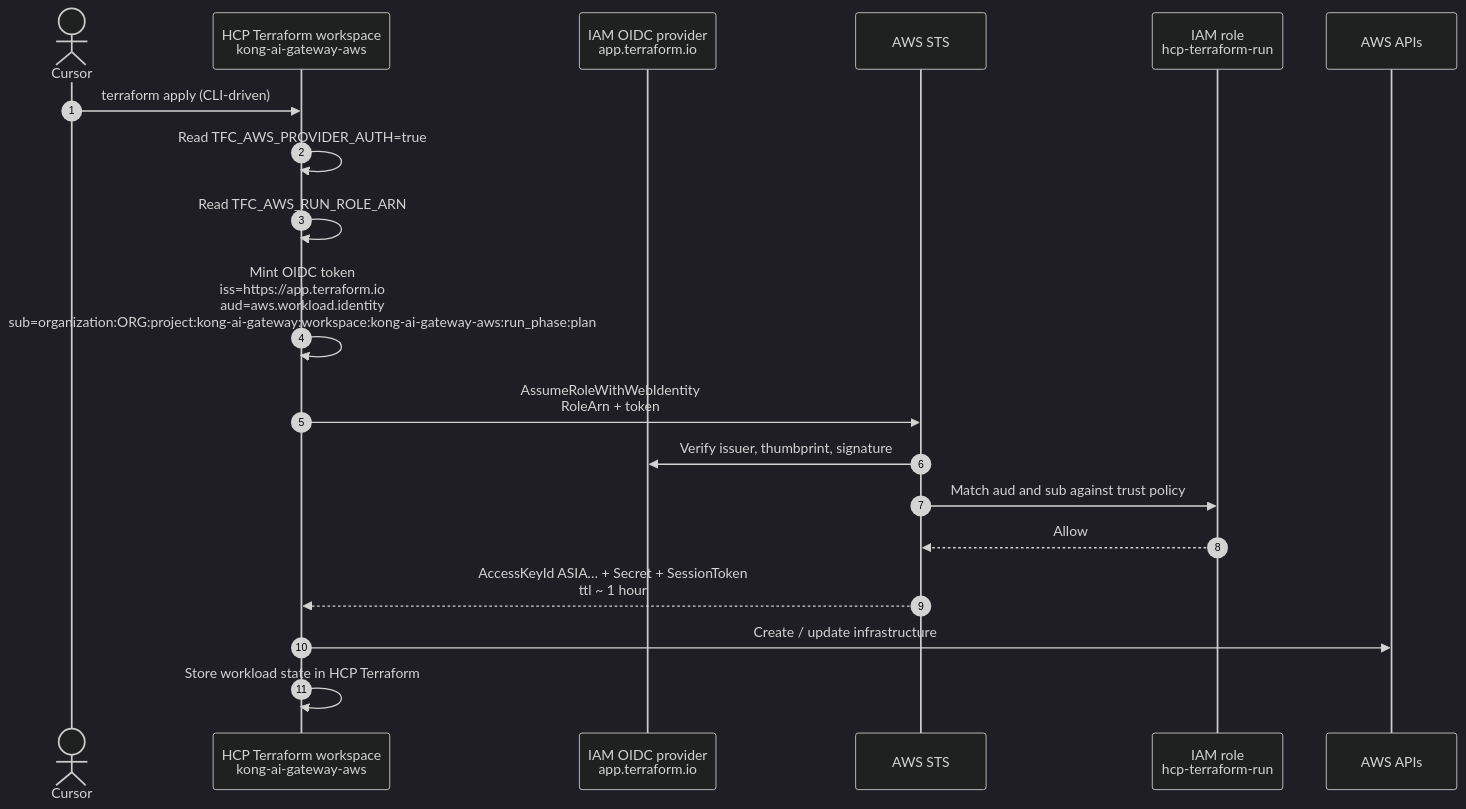
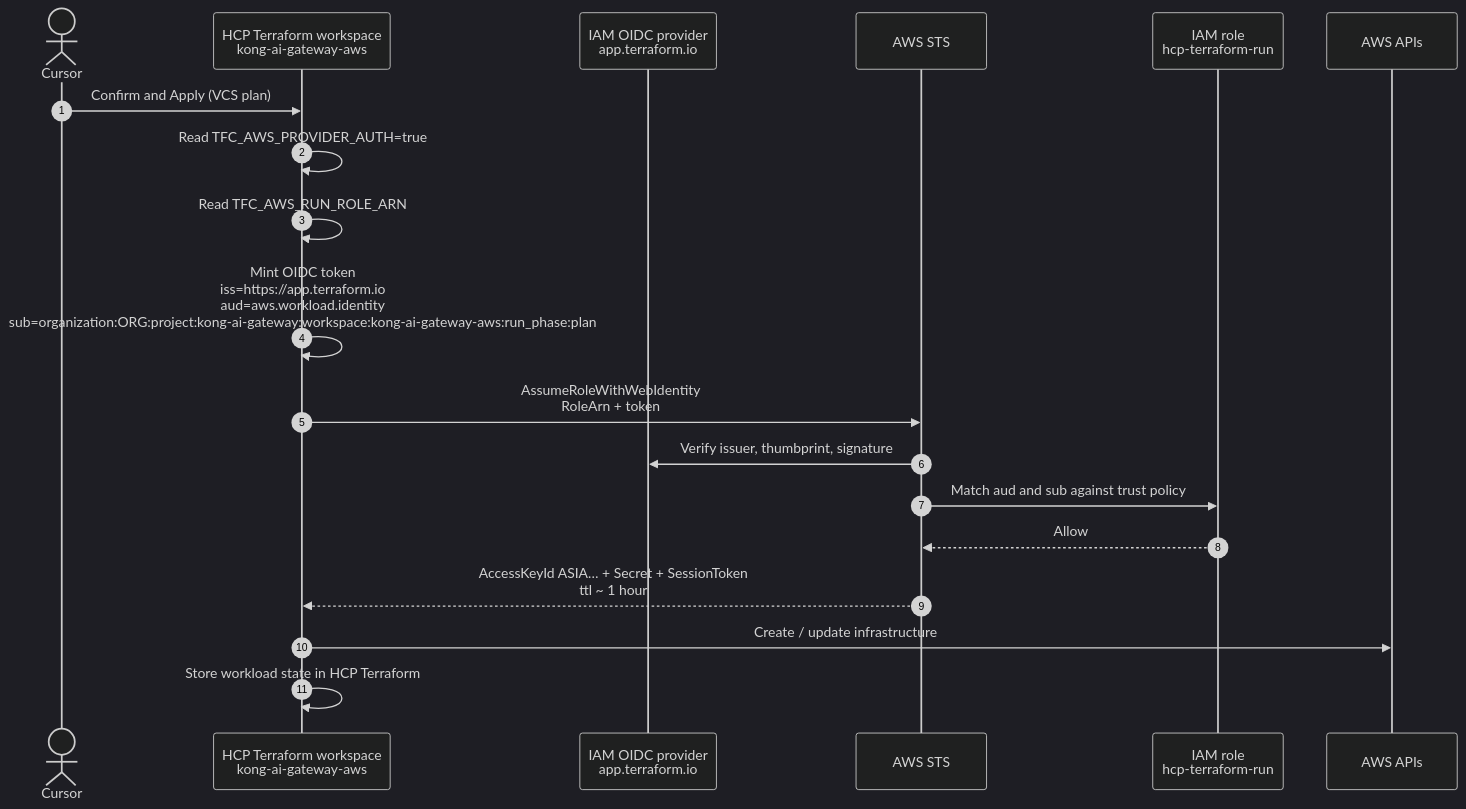
The seventh of 9 diagrams in aws/terraform/how-terraform-connects-to-aws.md (UttamGiri/kong-ai-gateway), drawn with Mermaid (dark theme) before and after one commit. The commit also changed other lines of this file and 8 other files, not shown here.

First line of the commit message:
Switch the workloads workspace to VCS so plans show in HCP Terraform.

````diff
--- a/aws/terraform/how-terraform-connects-to-aws.md
+++ b/aws/terraform/how-terraform-connects-to-aws.md
@@ -282,22 +282,22 @@
 ```mermaid
 sequenceDiagram
     autonumber
     actor You as Cursor
     participant TFC as HCP Terraform workspace<br/>kong-ai-gateway-aws
     participant IdP as IAM OIDC provider<br/>app.terraform.io
     participant STS as AWS STS
     participant Role as IAM role<br/>hcp-terraform-run
     participant API as AWS APIs
 
-    You->>TFC: terraform apply (CLI-driven)
+    You->>TFC: Confirm and Apply (VCS plan)
     TFC->>TFC: Read TFC_AWS_PROVIDER_AUTH=true
     TFC->>TFC: Read TFC_AWS_RUN_ROLE_ARN
     TFC->>TFC: Mint OIDC token<br/>iss=https://app.terraform.io<br/>aud=aws.workload.identity<br/>sub=organization:ORG:project:kong-ai-gateway:workspace:kong-ai-gateway-aws:run_phase:plan
     TFC->>STS: AssumeRoleWithWebIdentity<br/>RoleArn + token
     STS->>IdP: Verify issuer, thumbprint, signature
     STS->>Role: Match aud and sub against trust policy
     Role-->>STS: Allow
     STS-->>TFC: AccessKeyId ASIA… + Secret + SessionToken<br/>ttl ~ 1 hour
     TFC->>API: Create / update infrastructure
     TFC->>TFC: Store workload state in HCP Terraform
 ```
````
